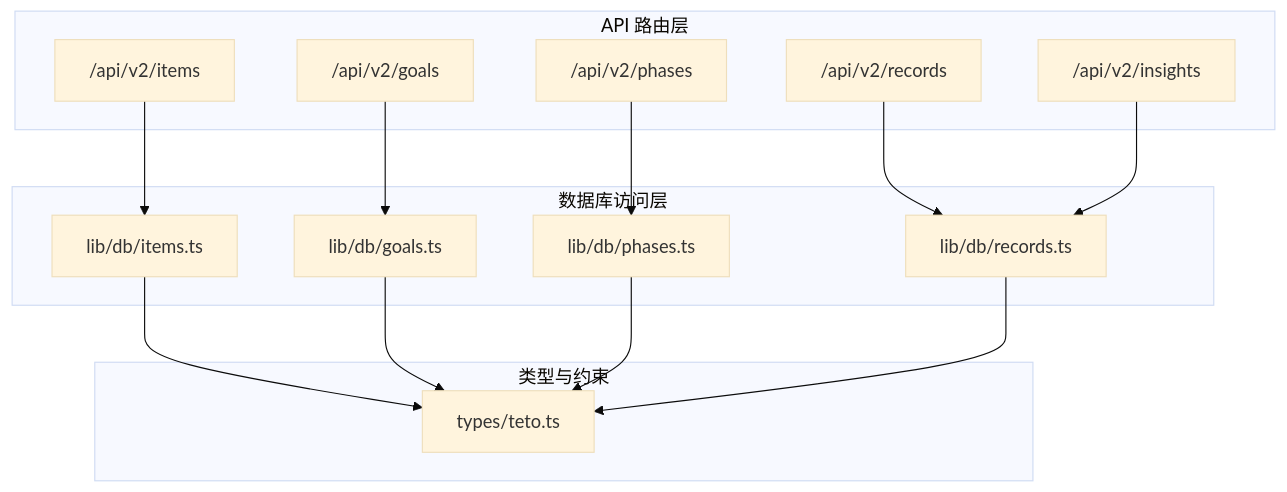
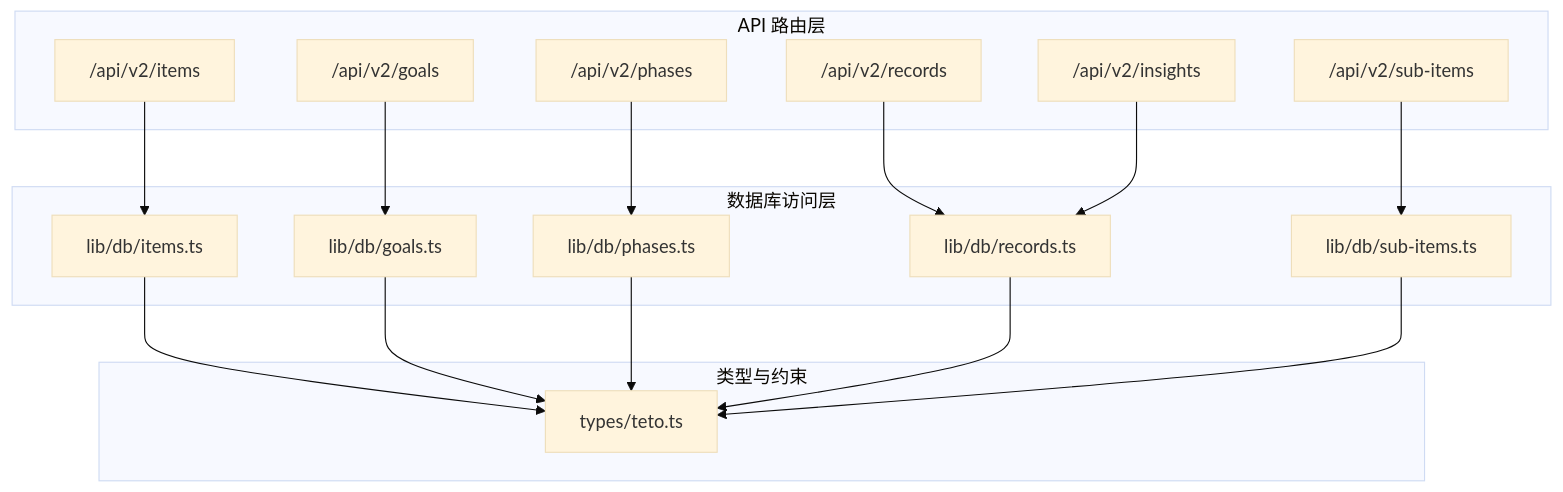
One commit to bbong1234/TETO changed the first of 9 diagrams in .qoder/repowiki/zh/content/API接口文档/项目API.md. Above: the diagram before and after it, drawn with Mermaid (base theme). The commit also changed other lines of this file and 10 other files, not shown here.

````diff
--- a/.qoder/repowiki/zh/content/API接口文档/项目API.md
+++ b/.qoder/repowiki/zh/content/API接口文档/项目API.md
@@ -50,28 +61,32 @@
 ```mermaid
 graph TB
 subgraph "API 路由层"
 R_ITEMS["/api/v2/items"]
 R_GOALS["/api/v2/goals"]
 R_PHASES["/api/v2/phases"]
 R_RECORDS["/api/v2/records"]
+R_SUB_ITEMS["/api/v2/sub-items"]
 R_INSIGHTS["/api/v2/insights"]
 end
 subgraph "数据库访问层"
 D_ITEMS["lib/db/items.ts"]
 D_GOALS["lib/db/goals.ts"]
 D_PHASES["lib/db/phases.ts"]
 D_RECORDS["lib/db/records.ts"]
+D_SUB_ITEMS["lib/db/sub-items.ts"]
 end
 subgraph "类型与约束"
 TYPES["types/teto.ts"]
 end
 R_ITEMS --> D_ITEMS
 R_GOALS --> D_GOALS
 R_PHASES --> D_PHASES
 R_RECORDS --> D_RECORDS
+R_SUB_ITEMS --> D_SUB_ITEMS
 R_INSIGHTS --> D_RECORDS
 D_ITEMS --> TYPES
 D_GOALS --> TYPES
 D_PHASES --> TYPES
 D_RECORDS --> TYPES
+D_SUB_ITEMS --> TYPES
 ```
````
